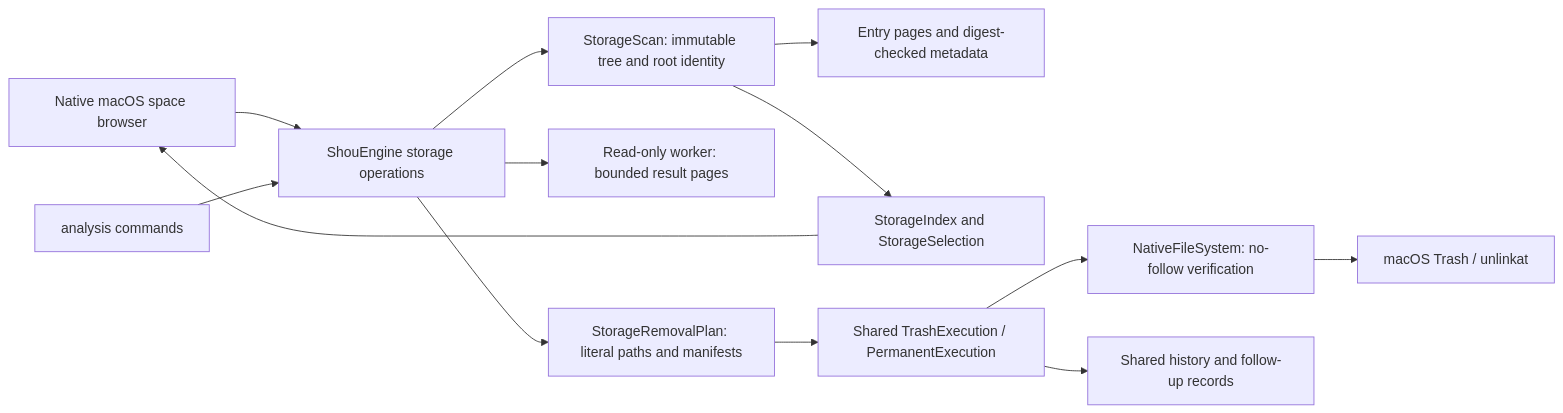
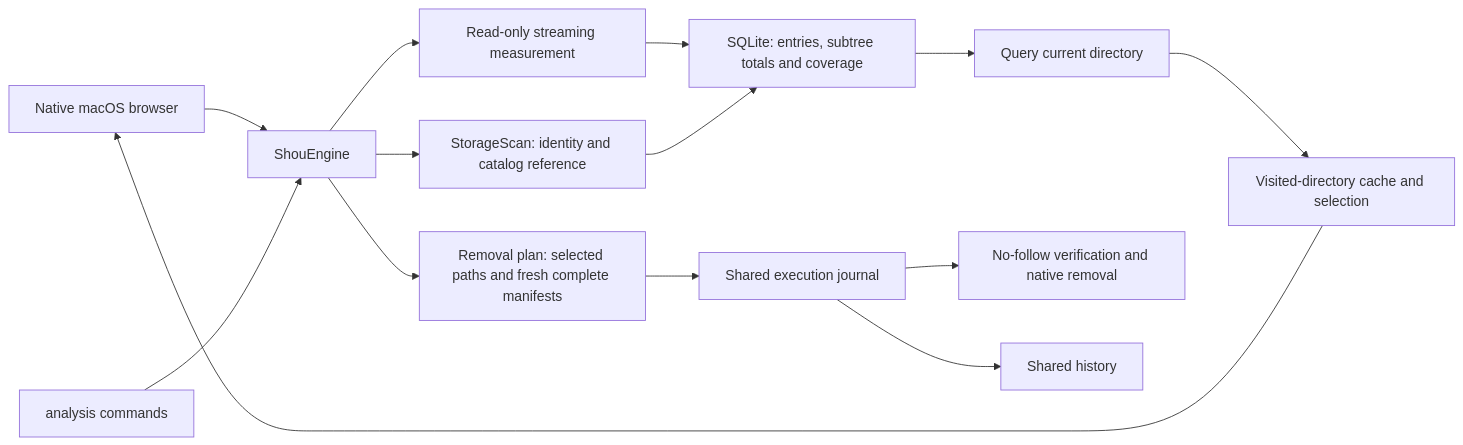
Before and after one commit to limecloud/shou: the first of 5 diagrams in docs/product/space-analysis.md, drawn with Mermaid. The commit also changed other lines of this file and 117 other files, not shown here.

````diff
--- a/docs/product/space-analysis.md
+++ b/docs/product/space-analysis.md
@@ -16,15 +16,16 @@
 ```mermaid
 flowchart LR
-  UI[Native macOS space browser] --> Core[ShouEngine storage operations]
+  UI[Native macOS browser] --> Core[ShouEngine]
   CLI[analysis commands] --> Core
-  Core --> Scan[StorageScan: immutable tree and root identity]
-  Core --> Worker[Read-only worker: bounded result pages]
-  Scan --> Pages[Entry pages and digest-checked metadata]
-  Scan --> Index[StorageIndex and StorageSelection]
-  Index --> UI
-  Core --> Plan[StorageRemovalPlan: literal paths and manifests]
-  Plan --> Journal[Shared TrashExecution / PermanentExecution]
-  Journal --> Native[NativeFileSystem: no-follow verification]
-  Journal --> Records[Shared history and follow-up records]
-  Native --> OS[macOS Trash / unlinkat]
+  Core --> Worker[Read-only streaming measurement]
+  Worker --> Catalog[SQLite: entries, subtree totals and coverage]
+  Core --> Scan[StorageScan: identity and catalog reference]
+  Scan --> Catalog
+  Catalog --> Query[Query current directory]
+  Query --> Cache[Visited-directory cache and selection]
+  Cache --> UI
+  Core --> Plan[Removal plan: selected paths and fresh complete manifests]
+  Plan --> Journal[Shared execution journal]
+  Journal --> FS[No-follow verification and native removal]
+  Journal --> History[Shared history]
 ```
````
